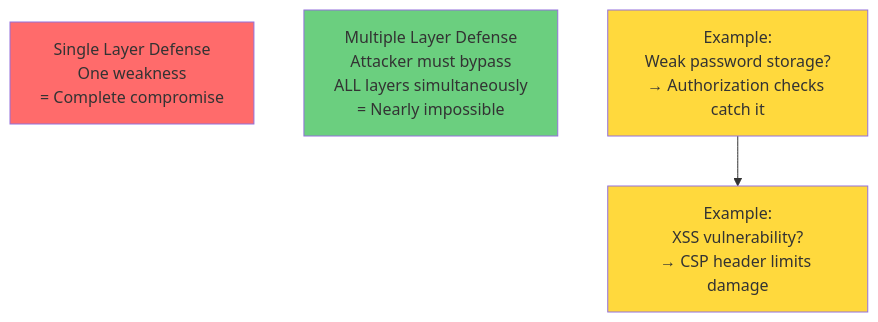
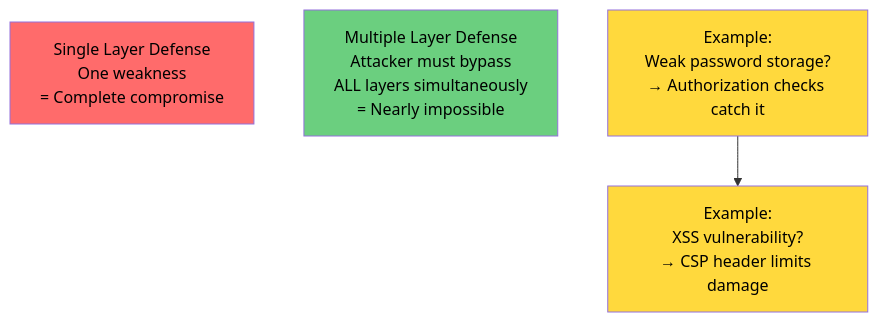
Diagram 14 of 15 in 15.Backend Security/README.md (ahmed-226/Backend-from-first-principles), drawn with Mermaid before and after one commit. The commit also changed other lines of this file and 1 other file, not shown here.

````diff
--- a/15.Backend Security/README.md
+++ b/15.Backend Security/README.md
@@ -1047,15 +1047,15 @@
 ```mermaid
 graph TB
     A["Single Layer Defense<br/>One weakness<br/>= Complete compromise"]
     
     B["Multiple Layer Defense<br/>Attacker must bypass<br/>ALL layers simultaneously<br/>= Nearly impossible"]
     
     C["Example:<br/>Weak password storage?<br/>→ Authorization checks catch it"]
     
     C --> D["Example:<br/>XSS vulnerability?<br/>→ CSP header limits damage"]
     
-    style A fill:#FF6B6B
-    style B fill:#6BCF7F
-    style C fill:#FFD93D
-    style D fill:#FFD93D
+    style A fill:#FF6B6B,color:#000
+    style B fill:#6BCF7F,color:#000
+    style C fill:#FFD93D,color:#000
+    style D fill:#FFD93D,color:#000
 ```
````
